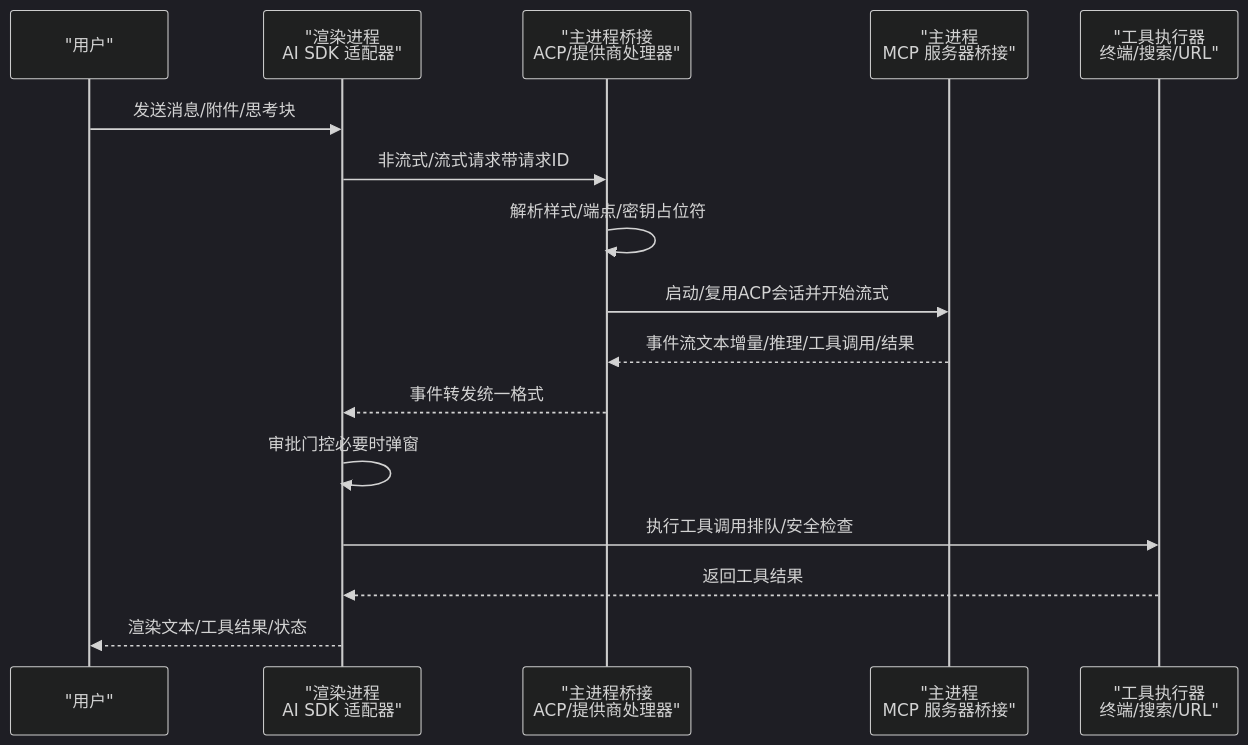
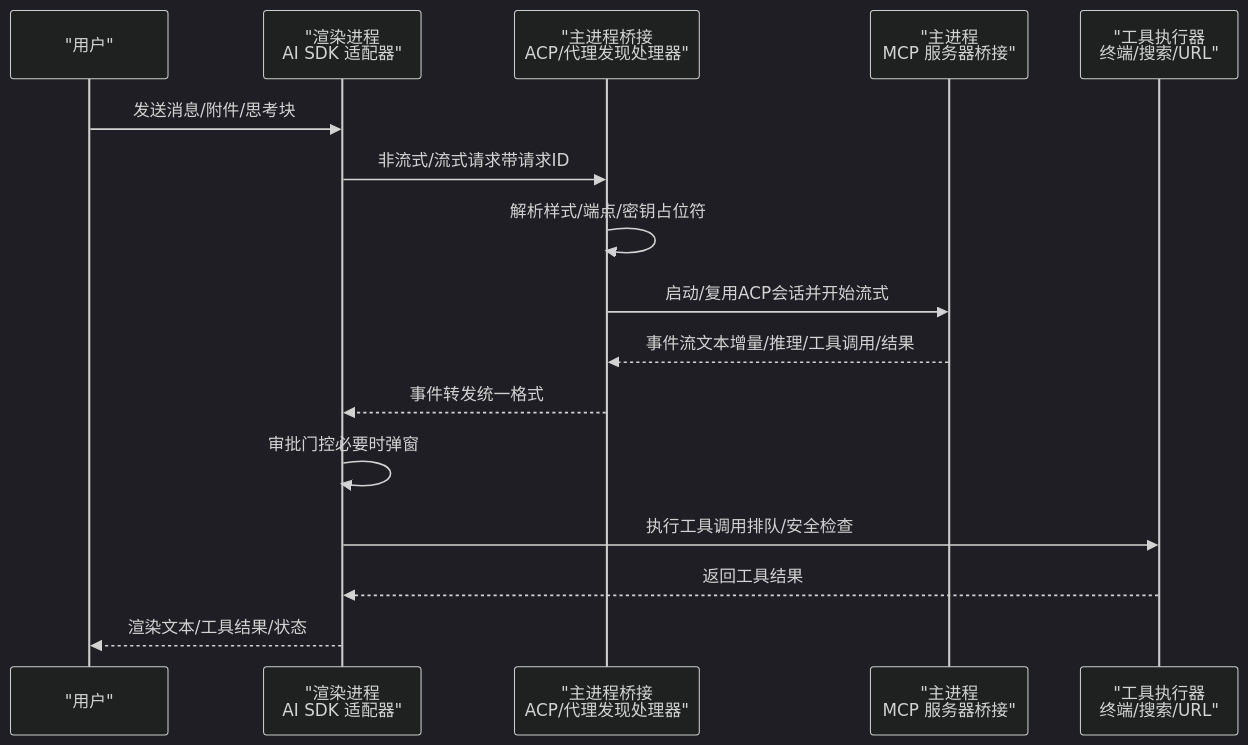
One commit to szeiyou/Netcatty changed the second of 8 diagrams in .qoder/repowiki/zh/content/开发者文档/基础设施服务/AI基础设施.md. Above: the diagram before and after it, drawn with Mermaid (dark theme). The commit also changed other lines of this file and 8 other files, not shown here.

````diff
--- a/.qoder/repowiki/zh/content/开发者文档/基础设施服务/AI基础设施.md
+++ b/.qoder/repowiki/zh/content/开发者文档/基础设施服务/AI基础设施.md
@@ -131,18 +142,18 @@
 ```mermaid
 sequenceDiagram
 participant U as "用户"
 participant R as "渲染进程<br/>AI SDK 适配器"
-participant P as "主进程桥接<br/>ACP/提供商处理器"
+participant P as "主进程桥接<br/>ACP/代理发现处理器"
 participant M as "主进程<br/>MCP 服务器桥接"
 participant T as "工具执行器<br/>终端/搜索/URL"
 U->>R : 发送消息/附件/思考块
 R->>P : 非流式/流式请求带请求ID
 P->>P : 解析样式/端点/密钥占位符
 P->>M : 启动/复用ACP会话并开始流式
 M-->>P : 事件流文本增量/推理/工具调用/结果
 P-->>R : 事件转发统一格式
 R->>R : 审批门控必要时弹窗
 R->>T : 执行工具调用排队/安全检查
 T-->>R : 返回工具结果
 R-->>U : 渲染文本/工具结果/状态
 ```
````
